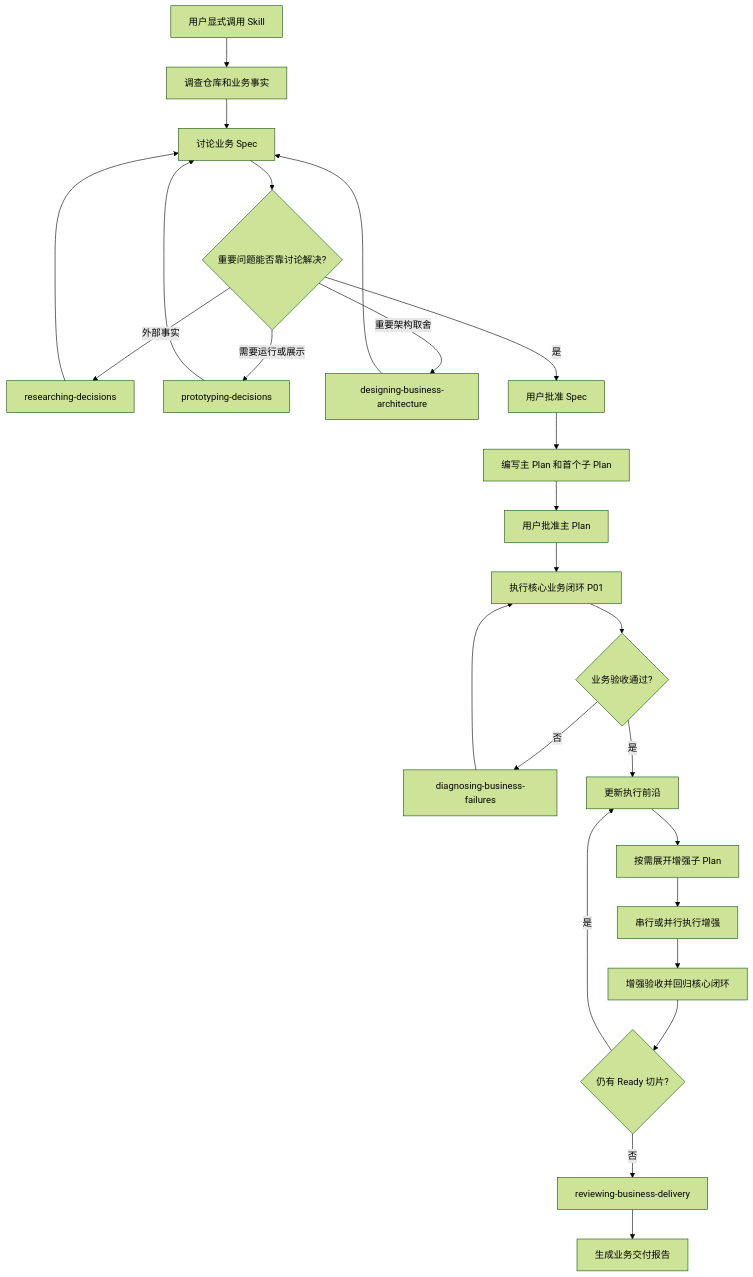
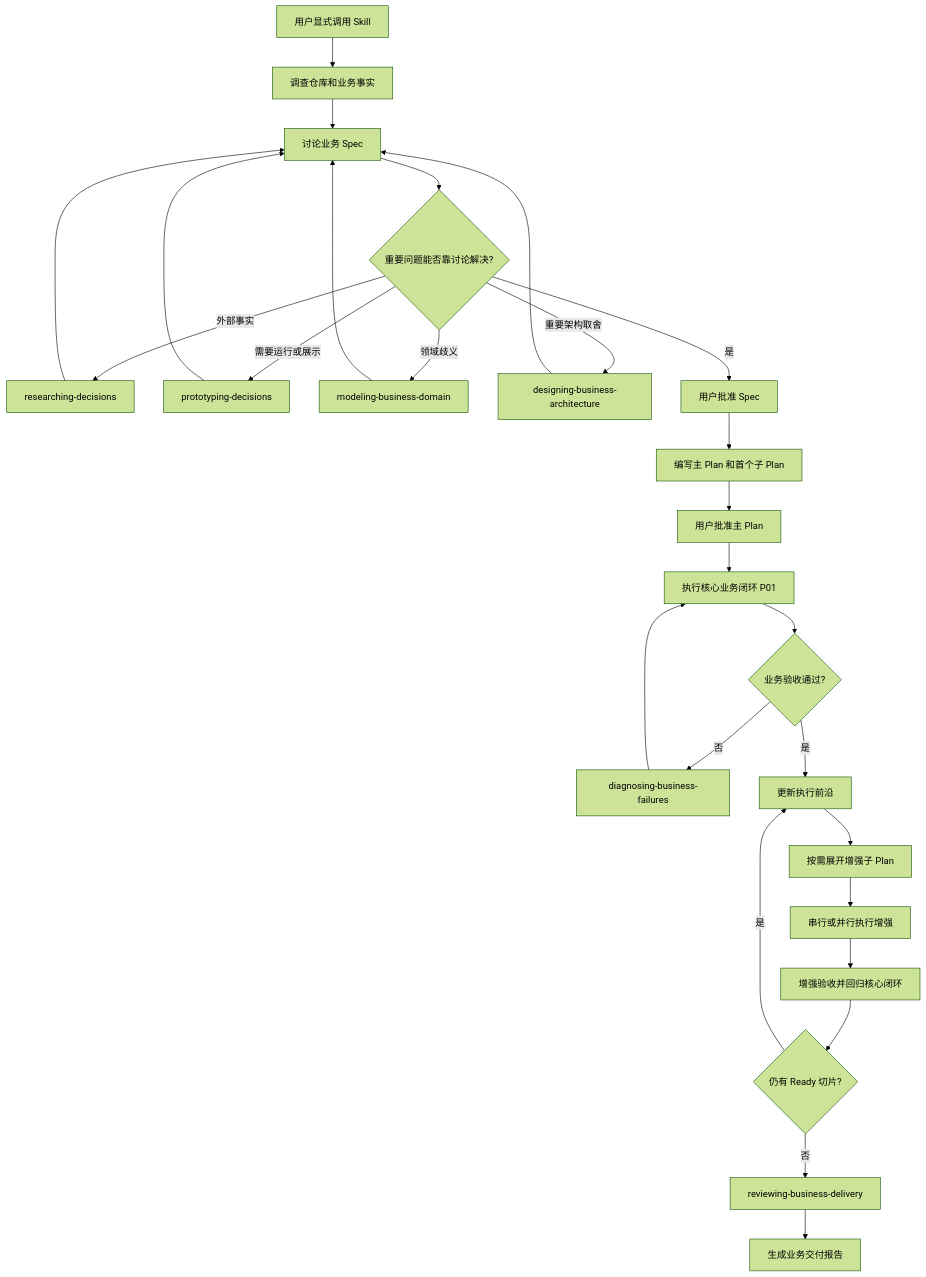
The diagram in SKILL-WORKFLOW.md (JeckChen666/Easypower), drawn with Mermaid (forest theme) before and after one commit. The commit also changed other lines of this file and 10 other files, not shown here.

Commit message:
feat: add business domain modeling skill

````diff
--- a/SKILL-WORKFLOW.md
+++ b/SKILL-WORKFLOW.md
@@ -25,27 +25,29 @@
 ```mermaid
 flowchart TD
     A[用户显式调用 Skill] --> B[调查仓库和业务事实]
     B --> C[讨论业务 Spec]
     C --> D{重要问题能否靠讨论解决?}
     D -- 外部事实 --> E[researching-decisions]
     D -- 需要运行或展示 --> E3[prototyping-decisions]
+    D -- 领域歧义 --> E4[modeling-business-domain]
     D -- 重要架构取舍 --> E2[designing-business-architecture]
     E --> C
     E3 --> C
+    E4 --> C
     E2 --> C
     D -- 是 --> F[用户批准 Spec]
     F --> G[编写主 Plan 和首个子 Plan]
     G --> H[用户批准主 Plan]
     H --> I[执行核心业务闭环 P01]
     I --> J{业务验收通过?}
     J -- 否 --> K[diagnosing-business-failures]
     K --> I
     J -- 是 --> L[更新执行前沿]
     L --> M[按需展开增强子 Plan]
     M --> N[串行或并行执行增强]
     N --> O[增强验收并回归核心闭环]
     O --> P{仍有 Ready 切片?}
     P -- 是 --> L
     P -- 否 --> V[reviewing-business-delivery]
     V --> Q[生成业务交付报告]
 ```
````
